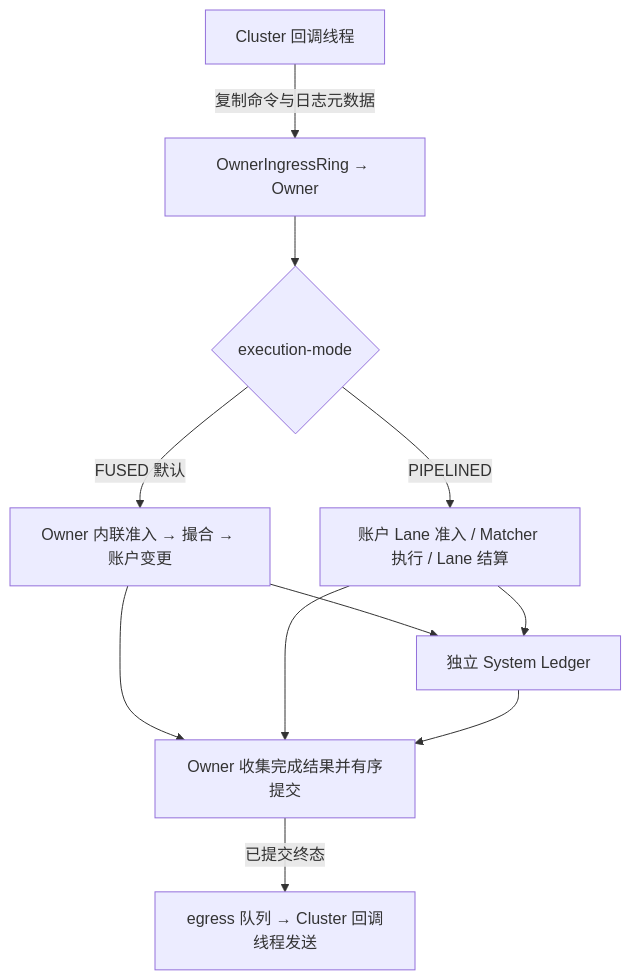
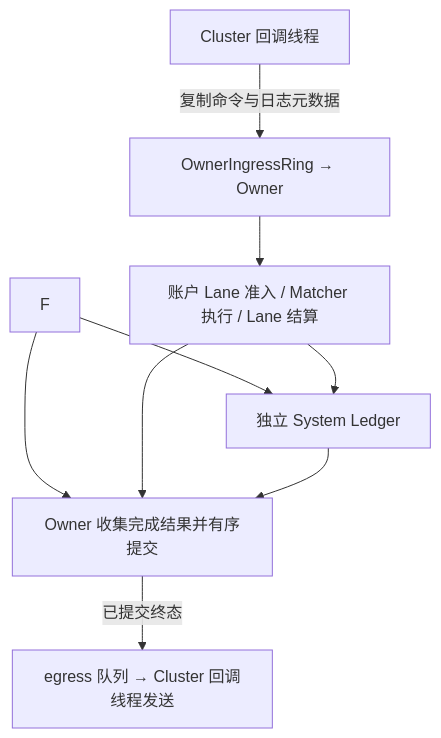
One commit to lilaizhencn/surprising-ex changed the third of 12 diagrams in surprising-aeron-core/README.md. Above: the diagram before and after it, drawn with Mermaid. The commit also changed other lines of this file and 71 other files, not shown here.

````diff
--- a/surprising-aeron-core/README.md
+++ b/surprising-aeron-core/README.md
@@ -154,13 +152,11 @@
 ```mermaid
 flowchart TB
     S[Cluster 回调线程] -->|复制命令与日志元数据| O[OwnerIngressRing → Owner]
-    O --> Mode{execution-mode}
-    Mode -->|FUSED 默认| F[Owner 内联准入 → 撮合 → 账户变更]
-    Mode -->|PIPELINED| P[账户 Lane 准入 / Matcher 执行 / Lane 结算]
+    O --> P[账户 Lane 准入 / Matcher 执行 / Lane 结算]
     F --> L[独立 System Ledger]
     P --> L
     F --> C[Owner 收集完成结果并有序提交]
     P --> C
     L --> C
     C -->|已提交终态| E[egress 队列 → Cluster 回调线程发送]
 ```
````
